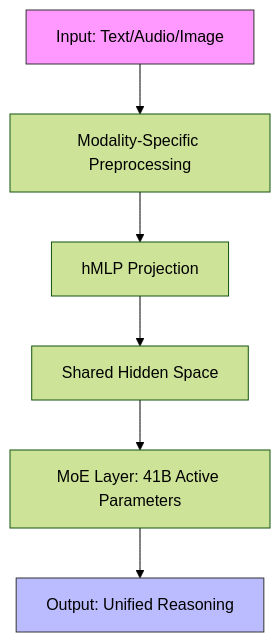
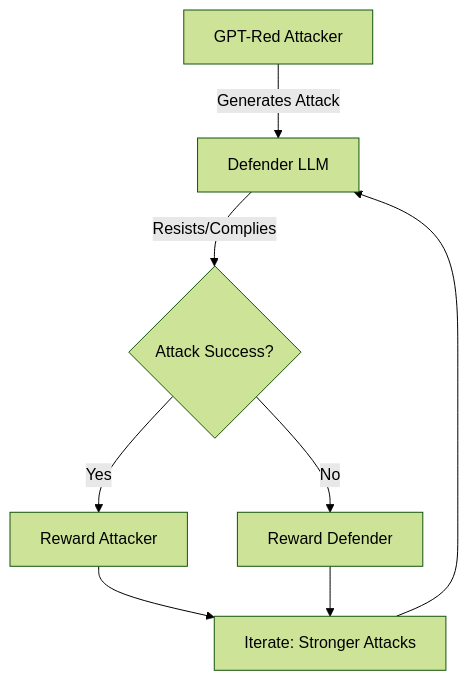
One commit to Neilstid/theme-academic-cv changed the first of 3 diagrams in content/post/daily_ai/daily_ai_2026-07-16.md/blog.md. Above: the diagram before and after it, drawn with Mermaid (forest theme). The commit also changed other lines of this file and 2 other files, not shown here.

````diff
--- a/content/post/daily_ai/daily_ai_2026-07-16.md/blog.md
+++ b/content/post/daily_ai/daily_ai_2026-07-16.md/blog.md
@@ -59,10 +50,10 @@
 ```mermaid
 flowchart TD
-    A[Input: Text/Audio/Image] --> B[Modality-Specific Preprocessing]
-    B --> C[hMLP Projection]
-    C --> D[Shared Hidden Space]
-    D --> E[MoE Layer: 41B Active Parameters]
-    E --> F[Output: Unified Reasoning]
-    style A fill:#f9f,stroke:#333
-    style F fill:#bbf,stroke:#333
+    A[GPT-Red Attacker] -->|Generates Attack| B[Defender LLM]
+    B -->|Resists/Complies| C{Attack Success?}
+    C -->|Yes| D[Reward Attacker]
+    C -->|No| E[Reward Defender]
+    D --> F[Iterate: Stronger Attacks]
+    E --> F
+    F --> B
 ```
````
